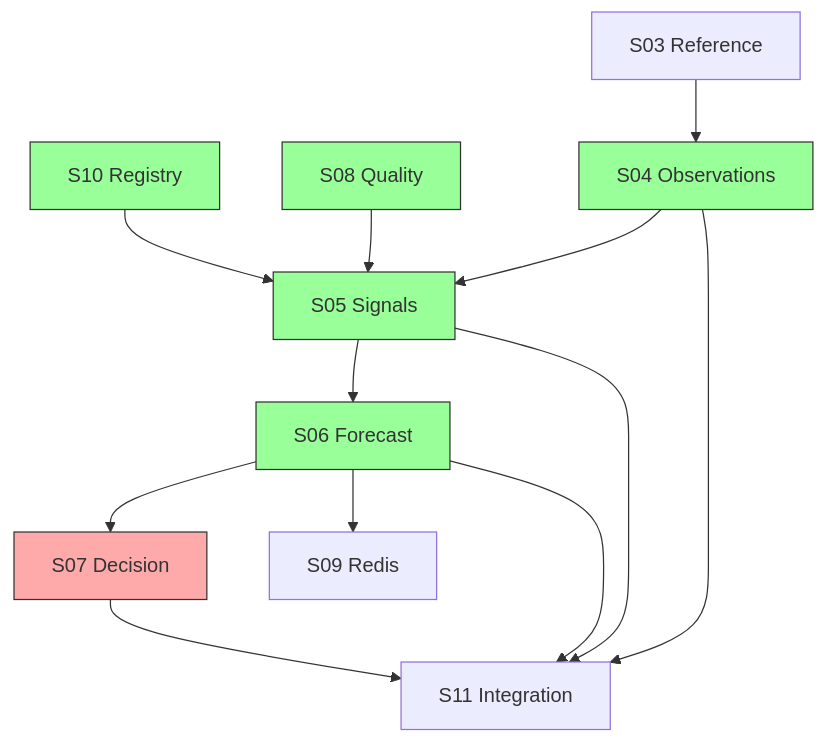
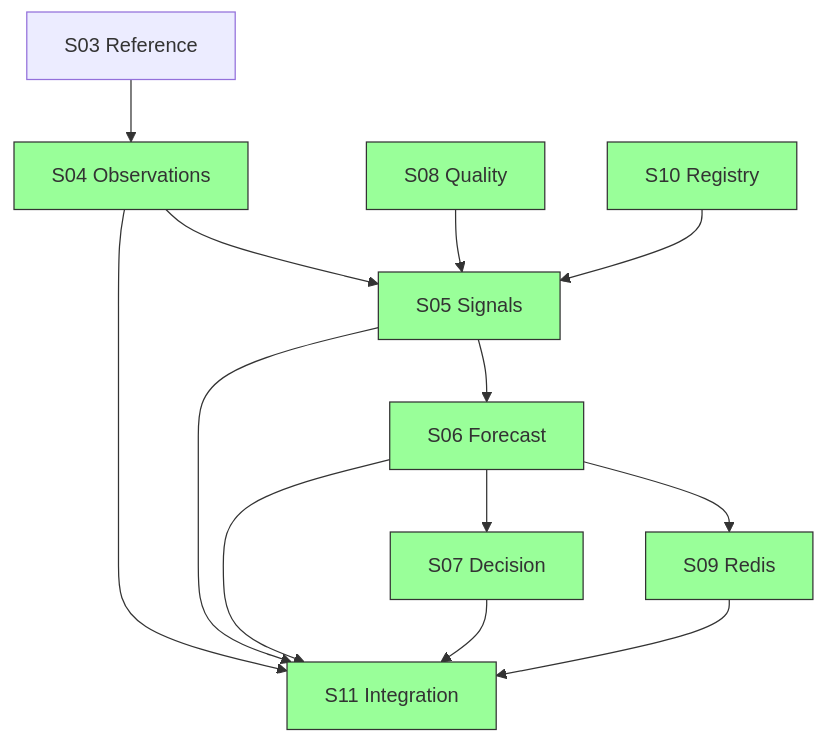
The diagram in docs/implementation/E01_PROGRAM_STATUS.md (KalyanCB/KrishiNetra), drawn with Mermaid before and after one commit. The commit also changed other lines of this file and 9 other files, not shown here.

````diff
--- a/docs/implementation/E01_PROGRAM_STATUS.md
+++ b/docs/implementation/E01_PROGRAM_STATUS.md
@@ -56,21 +49,24 @@
 ```mermaid
 flowchart TB
   S03[S03 Reference] --> S04[S04 Observations]
   S04 --> S05[S05 Signals]
   S08[S08 Quality] --> S05
   S10[S10 Registry] --> S05
   S05 --> S06[S06 Forecast]
   S06 --> S07[S07 Decision]
   S06 --> S09[S09 Redis]
   S04 --> S11[S11 Integration]
   S05 --> S11
   S06 --> S11
   S07 --> S11
+  S09 --> S11
 
   style S04 fill:#9f9,stroke:#333
   style S05 fill:#9f9,stroke:#333
   style S06 fill:#9f9,stroke:#333
+  style S07 fill:#9f9,stroke:#333
+  style S09 fill:#9f9,stroke:#333
   style S10 fill:#9f9,stroke:#333
   style S08 fill:#9f9,stroke:#333
-  style S07 fill:#faa,stroke:#333
+  style S11 fill:#9f9,stroke:#333
 ```
````
